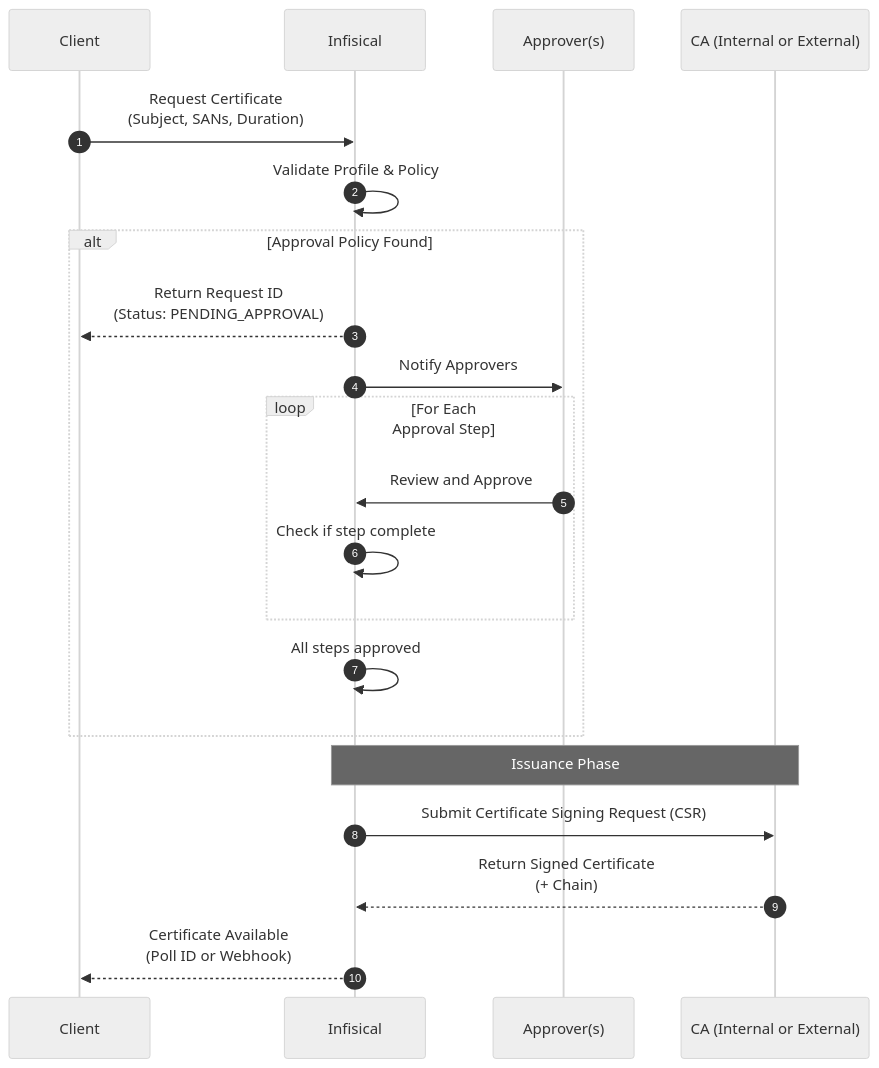
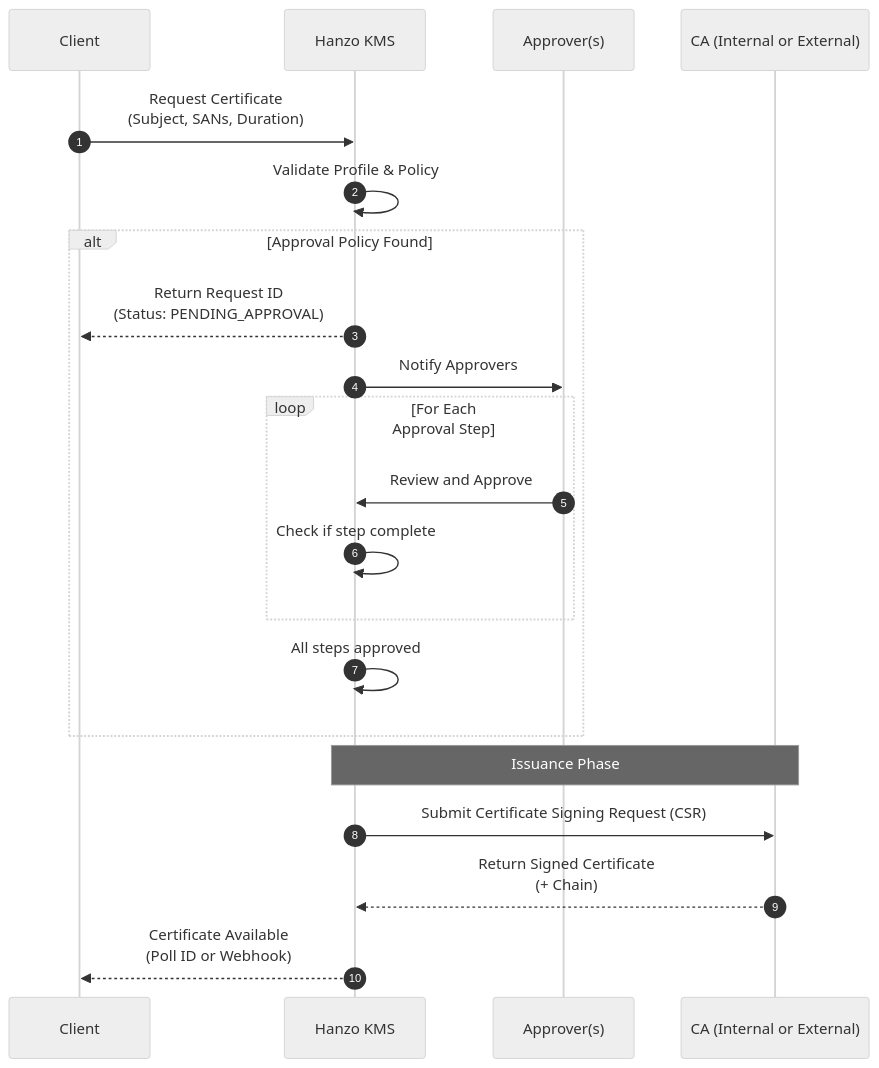
Before and after one commit to hanzoai/kms: the diagram in docs/documentation/platform/pki/guides/certificate-approvals.mdx, drawn with Mermaid (neutral theme). The commit also changed other lines of this file and 927 other files, not shown here.

First line of the commit message:
feat: complete Hanzo KMS rebranding across upstream merge

````diff
--- a/docs/documentation/platform/pki/guides/certificate-approvals.mdx
+++ b/docs/documentation/platform/pki/guides/certificate-approvals.mdx
@@ -12,32 +12,32 @@
 ```mermaid
 sequenceDiagram
   autonumber
   participant Client as Client
-  participant Infis as Infisical
+  participant Infis as Hanzo KMS
   participant Approver as Approver(s)
   participant CA as CA (Internal or External)
 
   Client->>Infis: Request Certificate<br/>(Subject, SANs, Duration)
 
   Infis->>Infis: Validate Profile & Policy
 
   alt Approval Policy Found
     Infis-->>Client: Return Request ID<br/>(Status: PENDING_APPROVAL)
 
     Infis->>Approver: Notify Approvers
 
     loop For Each Approval Step
       Approver->>Infis: Review and Approve
       Infis->>Infis: Check if step complete
     end
 
     Infis->>Infis: All steps approved
   end
 
   Note over Infis, CA: Issuance Phase
 
   Infis->>CA: Submit Certificate Signing Request (CSR)
   CA-->>Infis: Return Signed Certificate<br/>(+ Chain)
 
   Infis-->>Client: Certificate Available<br/>(Poll ID or Webhook)
 ```
````
